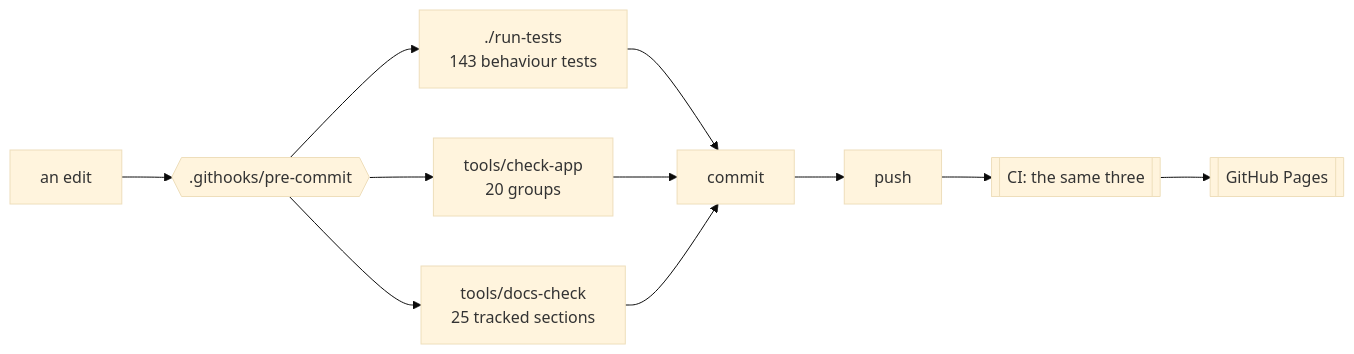
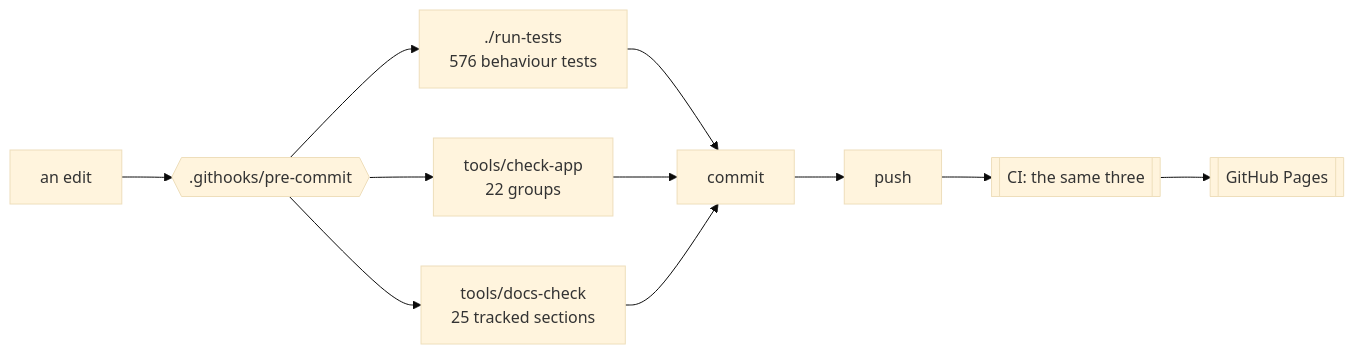
One commit to minormending/crystal-pilot-mobile changed the first of 2 diagrams in docs/DEVELOPING.md. Above: the diagram before and after it, drawn with Mermaid (base theme). The commit also changed other lines of this file and 9 other files, not shown here.

````diff
--- a/docs/DEVELOPING.md
+++ b/docs/DEVELOPING.md
@@ -15,12 +15,12 @@
 ```mermaid
 flowchart LR
     E[an edit] --> H{{".githooks/pre-commit"}}
-    H --> T["./run-tests<br/>143 behaviour tests"]
-    H --> C["tools/check-app<br/>20 groups"]
+    H --> T["./run-tests<br/>576 behaviour tests"]
+    H --> C["tools/check-app<br/>22 groups"]
     H --> D["tools/docs-check<br/>25 tracked sections"]
     T --> OK[commit]
     C --> OK
     D --> OK
     OK --> P[push] --> CI[["CI: the same three"]]
     CI --> PG[[GitHub Pages]]
 ```
````
